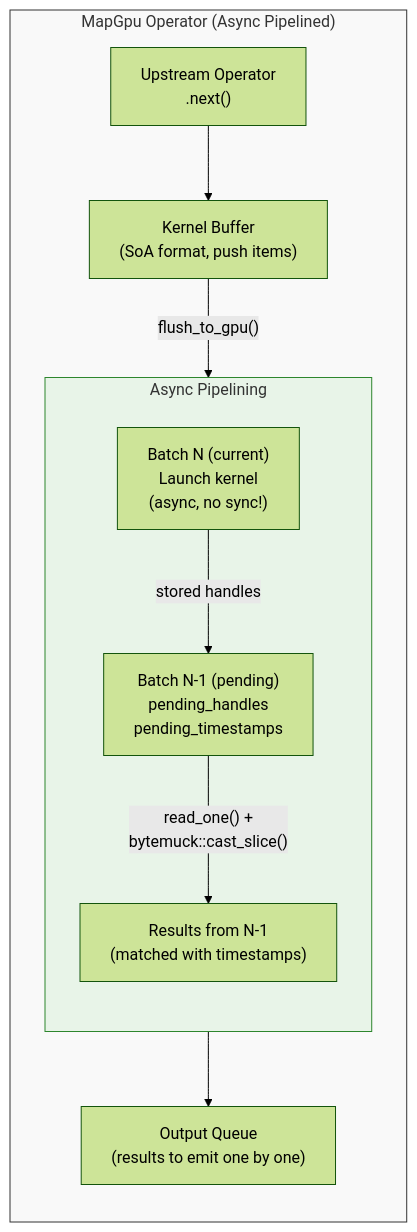
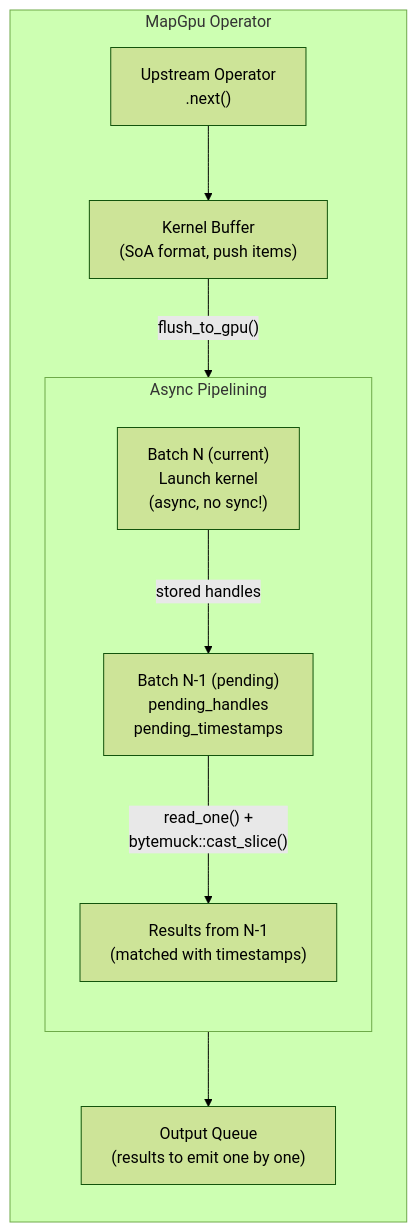
Diagram 11 of 45 in docs/GPU_MAP_OPERATOR.md (alirezaazadi/renoir), drawn with Mermaid (forest theme) before and after one commit. The commit also changed other lines of this file, not shown here.

Commit message:
doc: fix the mermaid charts issues

````diff
--- a/docs/GPU_MAP_OPERATOR.md
+++ b/docs/GPU_MAP_OPERATOR.md
@@ -645,20 +616,17 @@
 ```mermaid
 flowchart TB
-    subgraph MapGpu["MapGpu Operator (Async Pipelined)"]
+    subgraph MapGpu["MapGpu Operator"]
         direction TB
-        UP["Upstream Operator\n.next()"] --> KB["Kernel Buffer\n(SoA format, push items)"]
+        UP["Upstream Operator<br/>.next()"] --> KB["Kernel Buffer<br/>(SoA format, push items)"]
         KB -->|"flush_to_gpu()"| PIPE
 
         subgraph PIPE["Async Pipelining"]
             direction TB
-            LAUNCH["Batch N (current)\nLaunch kernel\n(async, no sync!)"]
-            LAUNCH -->|"stored handles"| PEND["Batch N-1 (pending)\npending_handles\npending_timestamps"]
-            PEND -->|"read_one() +\nbytemuck::cast_slice()"| RES["Results from N-1\n(matched with timestamps)"]
+            LAUNCH["Batch N (current)<br/>Launch kernel<br/>(async, no sync!)"]
+            LAUNCH -->|"stored handles"| PEND["Batch N-1 (pending)<br/>pending_handles<br/>pending_timestamps"]
+            PEND -->|"read_one() +<br/>bytemuck::cast_slice()"| RES["Results from N-1<br/>(matched with timestamps)"]
         end
 
-        RES --> OQ["Output Queue\n(results to emit one by one)"]
+        RES --> OQ["Output Queue<br/>(results to emit one by one)"]
     end
-
-    style MapGpu fill:#f9f9f9,stroke:#333
-    style PIPE fill:#e8f4e8,stroke:#2d862d
 ```
````
